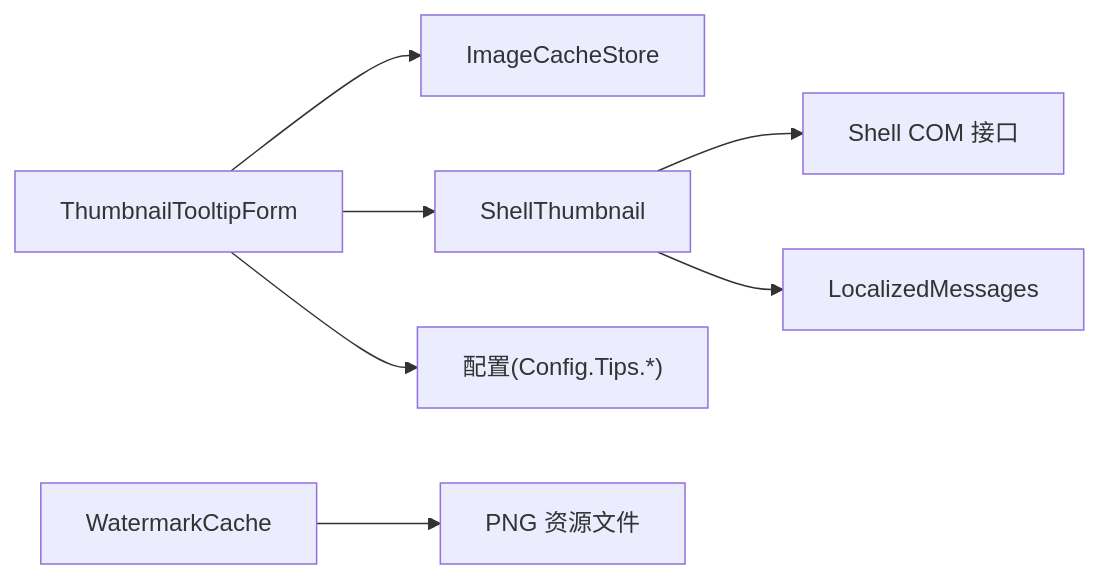
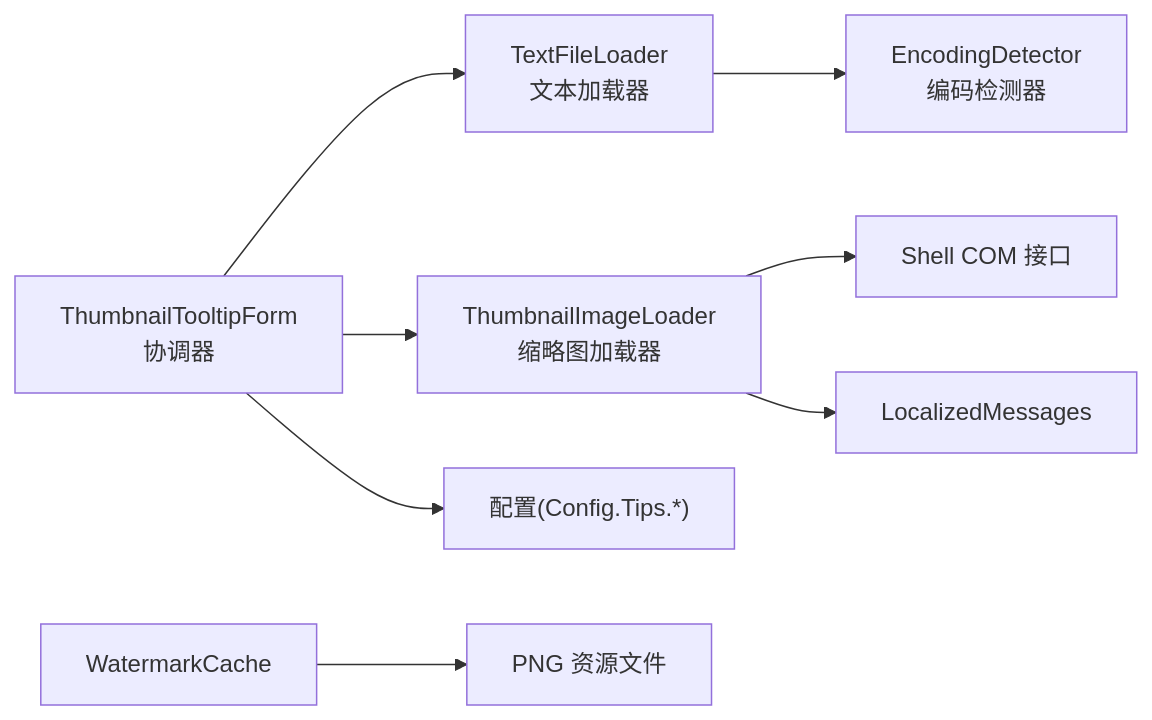
The fourth of 4 diagrams in .qoder/repowiki/zh/content/核心功能/预览系统.md (rainiva/QTTabBar-Next), drawn with Mermaid before and after one commit. The commit also changed other lines of this file and 415 other files, not shown here.

````diff
--- a/.qoder/repowiki/zh/content/核心功能/预览系统.md
+++ b/.qoder/repowiki/zh/content/核心功能/预览系统.md
@@ -385,9 +408,10 @@
 ```mermaid
 graph LR
-TT["ThumbnailTooltipForm"] --> IC["ImageCacheStore"]
-TT --> ST["ShellThumbnail"]
+TT["ThumbnailTooltipForm<br/>协调器"] --> TFL["TextFileLoader<br/>文本加载器"]
+TT --> TIL["ThumbnailImageLoader<br/>缩略图加载器"]
 TT --> CFG["配置(Config.Tips.*)"]
-ST --> SCOM["Shell COM 接口"]
-ST --> MSG["LocalizedMessages"]
+TFL --> ED["EncodingDetector<br/>编码检测器"]
+TIL --> SCOM["Shell COM 接口"]
+TIL --> MSG["LocalizedMessages"]
 WMC["WatermarkCache"] --> RES["PNG 资源文件"]
 ```
````
